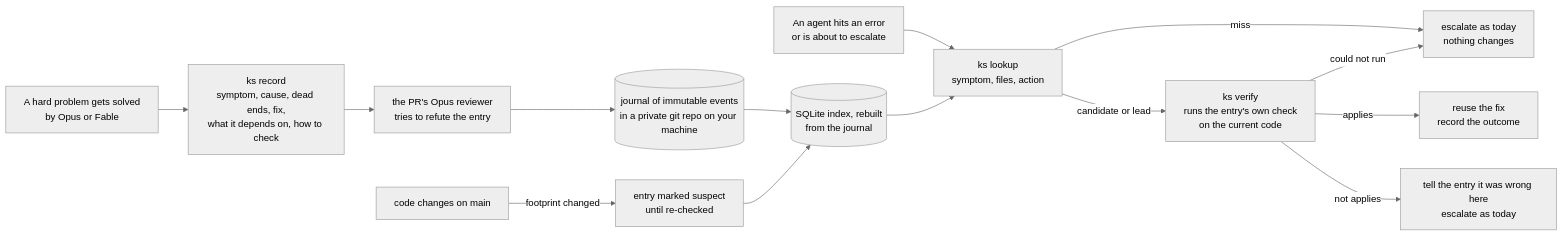
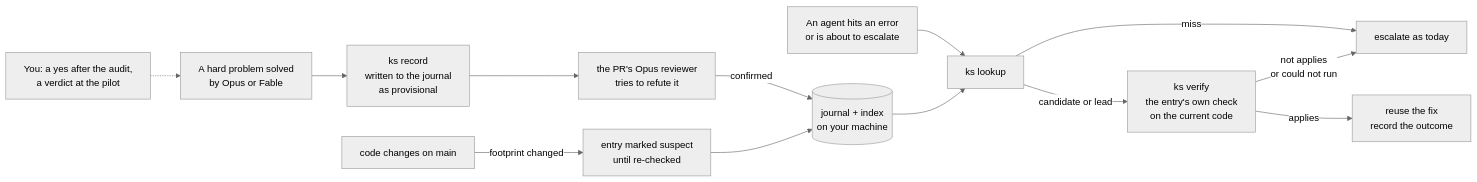
Before and after one commit to ghaaso/harness-engineering: the diagram in docs/program/KNOWLEDGE-STORE-DESIGN-2026-11.md, drawn with Mermaid (neutral theme). The commit also changed other lines of this file, not shown here.

````diff
--- a/docs/program/KNOWLEDGE-STORE-DESIGN-2026-11.md
+++ b/docs/program/KNOWLEDGE-STORE-DESIGN-2026-11.md
@@ -15,16 +15,15 @@
 ```mermaid
 flowchart LR
-  A[An agent hits an error<br/>or is about to escalate] --> B[ks lookup<br/>symptom, files, action]
-  B -->|miss| C[escalate as today<br/>nothing changes]
-  B -->|candidate or lead| D[ks verify<br/>runs the entry's own check<br/>on the current code]
+  A[An agent hits an error<br/>or is about to escalate] --> B[ks lookup]
+  B -->|miss| C[escalate as today]
+  B -->|candidate or lead| D[ks verify<br/>the entry's own check<br/>on the current code]
   D -->|applies| E[reuse the fix<br/>record the outcome]
-  D -->|not applies| F[tell the entry it was wrong here<br/>escalate as today]
-  D -->|could not run| C
-  G[A hard problem gets solved<br/>by Opus or Fable] --> H[ks record<br/>symptom, cause, dead ends, fix,<br/>what it depends on, how to check]
-  H --> I[the PR's Opus reviewer<br/>tries to refute the entry]
-  I --> J[(journal of immutable events<br/>in a private git repo on your machine)]
-  J --> K[(SQLite index, rebuilt<br/>from the journal)]
-  K --> B
-  L[code changes on main] -->|footprint changed| M[entry marked suspect<br/>until re-checked]
-  M --> K
+  D -->|not applies<br/>or could not run| C
+  G[A hard problem solved<br/>by Opus or Fable] --> H[ks record<br/>written to the journal<br/>as provisional]
+  H --> I[the PR's Opus reviewer<br/>tries to refute it]
+  I -->|confirmed| J[(journal + index<br/>on your machine)]
+  J --> B
+  K[code changes on main] -->|footprint changed| L[entry marked suspect<br/>until re-checked]
+  L --> J
+  O[You: a yes after the audit,<br/>a verdict at the pilot] -.-> G
 ```
````
